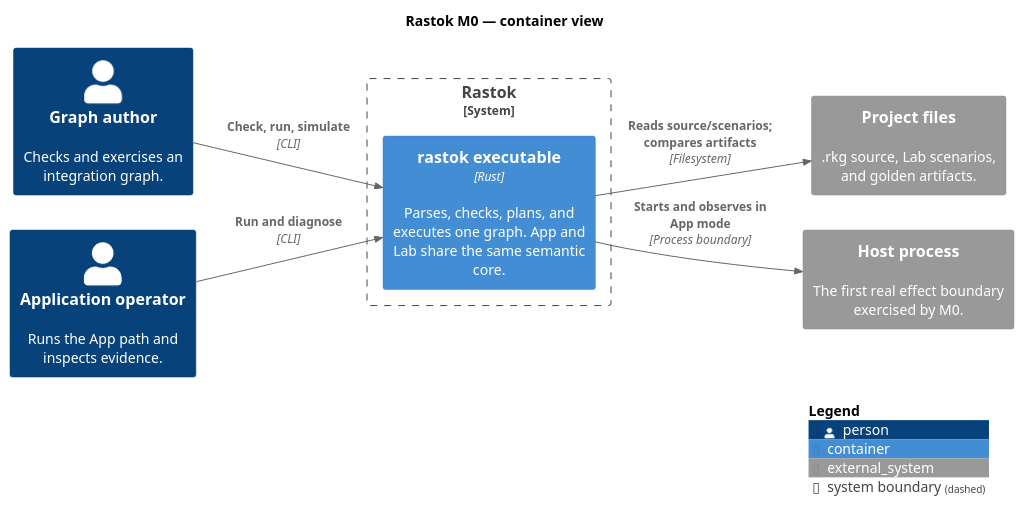
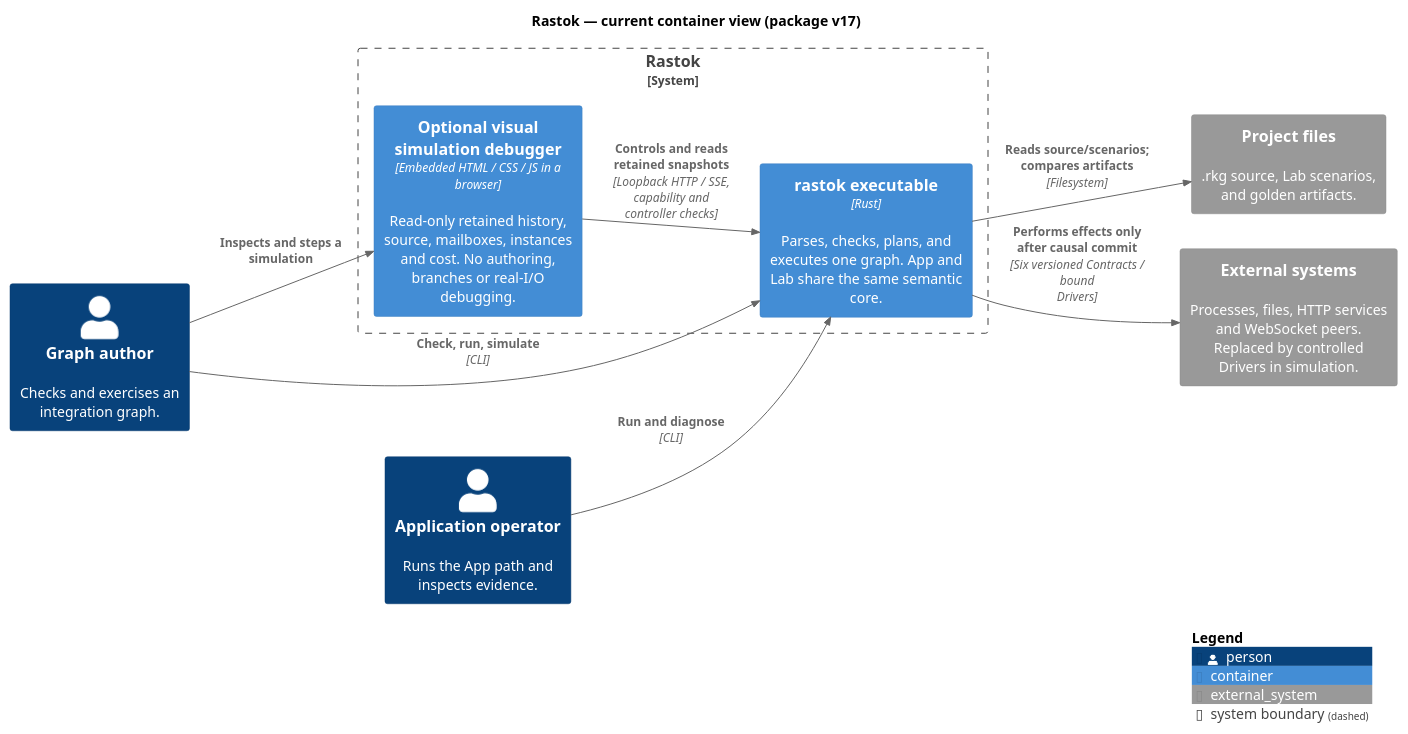
The diagram in docs/architecture/02-rastok-container.puml (rastok-io/rastok), drawn with PlantUML before and after one commit. The commit also changed 51 other files, not shown here.

```diff
--- a/docs/architecture/02-rastok-container.puml
+++ b/docs/architecture/02-rastok-container.puml
@@ -1,23 +1,27 @@
 @startuml 02-rastok-container
+skinparam backgroundColor white
 !include <C4/C4_Container>
 
 LAYOUT_LEFT_RIGHT()
-title Rastok M0 — container view
+title Rastok — current container view (package v17)
 
 Person(author, "Graph author", "Checks and exercises an integration graph.")
 Person(operator, "Application operator", "Runs the App path and inspects evidence.")
 
 System_Ext(project, "Project files", ".rkg source, Lab scenarios, and golden artifacts.")
-System_Ext(process, "Host process", "The first real effect boundary exercised by M0.")
+System_Ext(world, "External systems", "Processes, files, HTTP services and WebSocket peers. Replaced by controlled Drivers in simulation.")
 
 System_Boundary(rastok_boundary, "Rastok") {
   Container(rastok_exec, "rastok executable", "Rust", "Parses, checks, plans, and executes one graph. App and Lab share the same semantic core.")
+  Container(browser, "Optional visual simulation debugger", "Embedded HTML / CSS / JS in a browser", "Read-only retained history, source, mailboxes, instances and cost. No authoring, branches or real-I/O debugging.")
 }
 
 Rel(author, rastok_exec, "Check, run, simulate", "CLI")
 Rel(operator, rastok_exec, "Run and diagnose", "CLI")
 Rel(rastok_exec, project, "Reads source/scenarios; compares artifacts", "Filesystem")
-Rel(rastok_exec, process, "Starts and observes in App mode", "Process boundary")
+Rel(rastok_exec, world, "Performs effects only after causal commit", "Six versioned Contracts / bound Drivers")
+Rel(author, browser, "Inspects and steps a simulation")
+Rel(browser, rastok_exec, "Controls and reads retained snapshots", "Loopback HTTP / SSE, capability and controller checks")
 
 SHOW_LEGEND()
 @enduml
```
